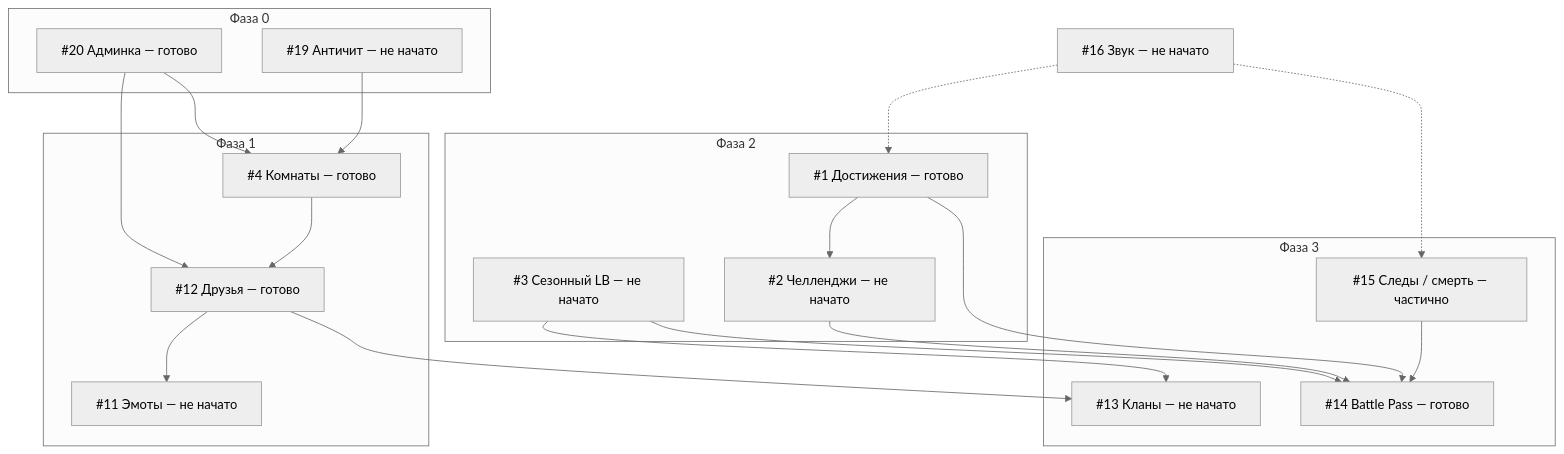
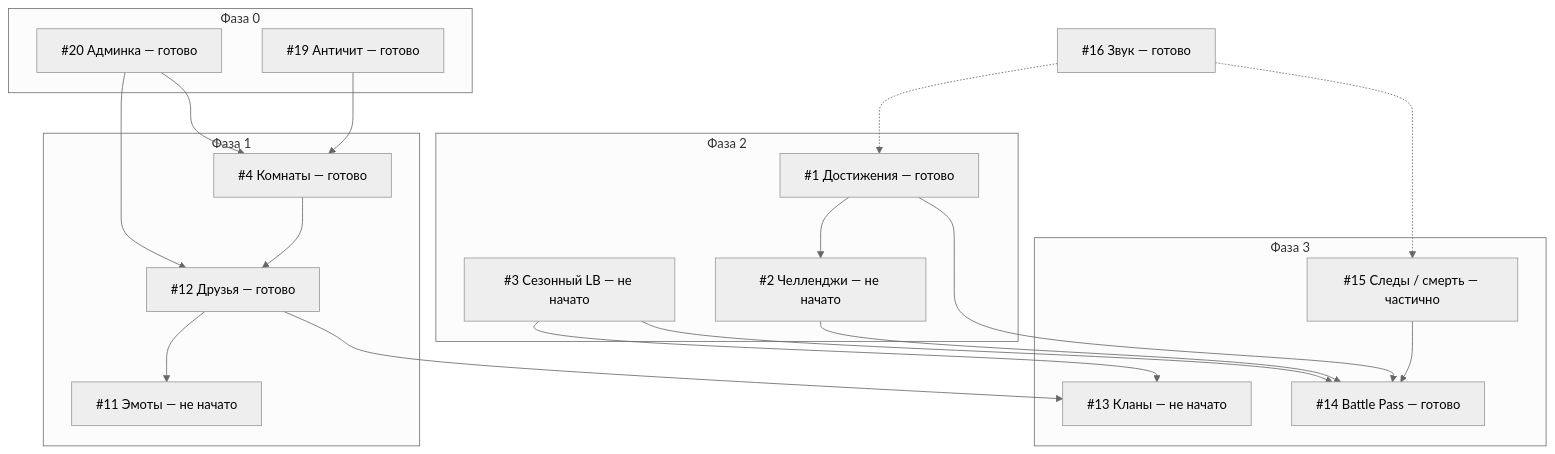
Before and after one commit to KaVoshnik/MultiplayerUltimateSnakeAttack: the diagram in Roadmap.md, drawn with Mermaid (neutral theme). The commit also changed other lines of this file and 8 other files, not shown here.

````diff
--- a/Roadmap.md
+++ b/Roadmap.md
@@ -29,41 +31,41 @@
 ```mermaid
 flowchart TD
   subgraph phase0 [Фаза 0]
-    A19[#19 Античит — не начато]
+    A19[#19 Античит — готово]
     A20[#20 Админка — готово]
   end
 
   subgraph phase1 [Фаза 1]
     A4[#4 Комнаты — готово]
     A12[#12 Друзья — готово]
     A11[#11 Эмоты — не начато]
   end
 
   subgraph phase2 [Фаза 2]
     A1[#1 Достижения — готово]
     A2[#2 Челленджи — не начато]
     A3[#3 Сезонный LB — не начато]
   end
 
   subgraph phase3 [Фаза 3]
     A13[#13 Кланы — не начато]
     A14[#14 Battle Pass — готово]
     A15[#15 Следы / смерть — частично]
   end
 
   A20 --> A4
   A20 --> A12
   A19 --> A4
   A4 --> A12
   A12 --> A11
   A1 --> A2
   A3 --> A14
   A2 --> A14
   A1 --> A14
   A12 --> A13
   A3 --> A13
   A15 --> A14
-  A16[#16 Звук — не начато]
+  A16[#16 Звук — готово]
   A16 -.-> A1
   A16 -.-> A15
 ```
````
